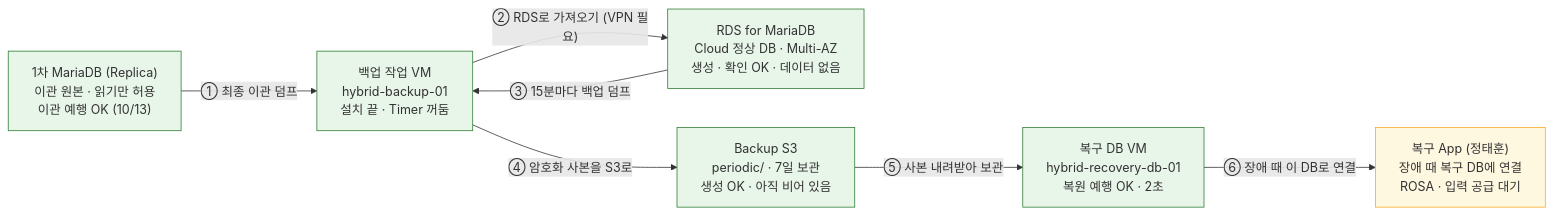
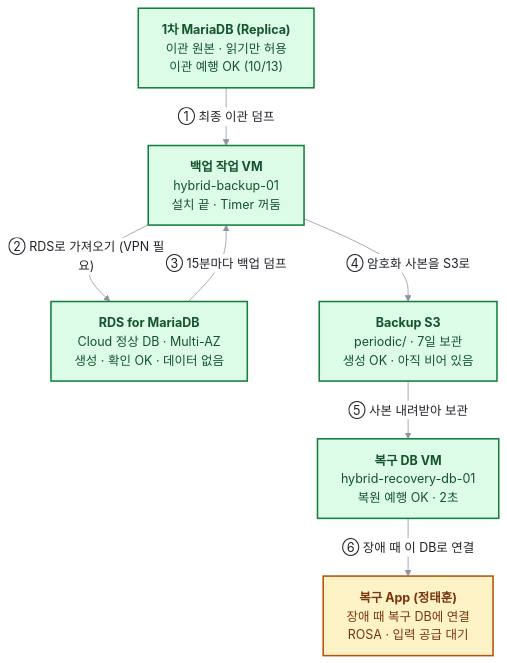
Before and after one commit to seokpan/seokpan-hybrid-docs: the first of 2 diagrams in execution/data-handoff/DATA_HANDOFF_20261013.md, drawn with Mermaid. The commit also changed other lines of this file and 1 other file, not shown here.

Commit message:
docs: 인수인계 Mermaid 그림 다크 모드 가독성 수정

````diff
--- a/execution/data-handoff/DATA_HANDOFF_20261013.md
+++ b/execution/data-handoff/DATA_HANDOFF_20261013.md
@@ -28,19 +28,20 @@
 ```mermaid
-flowchart LR
-  A["1차 MariaDB (Replica)<br/>이관 원본 · 읽기만 허용<br/>이관 예행 OK (10/13)"]
-  B["백업 작업 VM<br/>hybrid-backup-01<br/>설치 끝 · Timer 꺼둠"]
-  C["RDS for MariaDB<br/>Cloud 정상 DB · Multi-AZ<br/>생성 · 확인 OK · 데이터 없음"]
-  D["Backup S3<br/>periodic/ · 7일 보관<br/>생성 OK · 아직 비어 있음"]
-  E["복구 DB VM<br/>hybrid-recovery-db-01<br/>복원 예행 OK · 2초"]
-  F["복구 App (정태훈)<br/>장애 때 복구 DB에 연결<br/>ROSA · 입력 공급 대기"]
+%%{init: {"theme":"base","themeVariables":{"fontSize":"16px","primaryColor":"#ffffff","primaryTextColor":"#1f2328","primaryBorderColor":"#57606a","lineColor":"#8c959f","secondaryColor":"#f6f8fa","tertiaryColor":"#f6f8fa","clusterBkg":"#f6f8fa","clusterBorder":"#d0d7de","edgeLabelBackground":"#ffffff","titleColor":"#1f2328"},"flowchart":{"wrappingWidth":420}}}%%
+flowchart TB
+  A["<b>1차 MariaDB (Replica)</b><br/>이관 원본 · 읽기만 허용<br/>이관 예행 OK (10/13)"]
+  B["<b>백업 작업 VM</b><br/>hybrid-backup-01<br/>설치 끝 · Timer 꺼둠"]
+  C["<b>RDS for MariaDB</b><br/>Cloud 정상 DB · Multi-AZ<br/>생성 · 확인 OK · 데이터 없음"]
+  D["<b>Backup S3</b><br/>periodic/ · 7일 보관<br/>생성 OK · 아직 비어 있음"]
+  E["<b>복구 DB VM</b><br/>hybrid-recovery-db-01<br/>복원 예행 OK · 2초"]
+  F["<b>복구 App (정태훈)</b><br/>장애 때 복구 DB에 연결<br/>ROSA · 입력 공급 대기"]
   A -- "① 최종 이관 덤프" --> B
   B -- "② RDS로 가져오기 (VPN 필요)" --> C
   C -- "③ 15분마다 백업 덤프" --> B
   B -- "④ 암호화 사본을 S3로" --> D
   D -- "⑤ 사본 내려받아 보관" --> E
   E -- "⑥ 장애 때 이 DB로 연결" --> F
-  classDef ready fill:#e8f5e9,stroke:#2e7d32;
-  classDef wait fill:#fff8e1,stroke:#f9a825;
+  classDef ready fill:#dcfce7,stroke:#15803d,stroke-width:2px,color:#14532d;
+  classDef wait fill:#fef3c7,stroke:#b45309,stroke-width:2px,color:#78350f;
   class A,B,C,D,E ready;
   class F wait;
 ```
````
